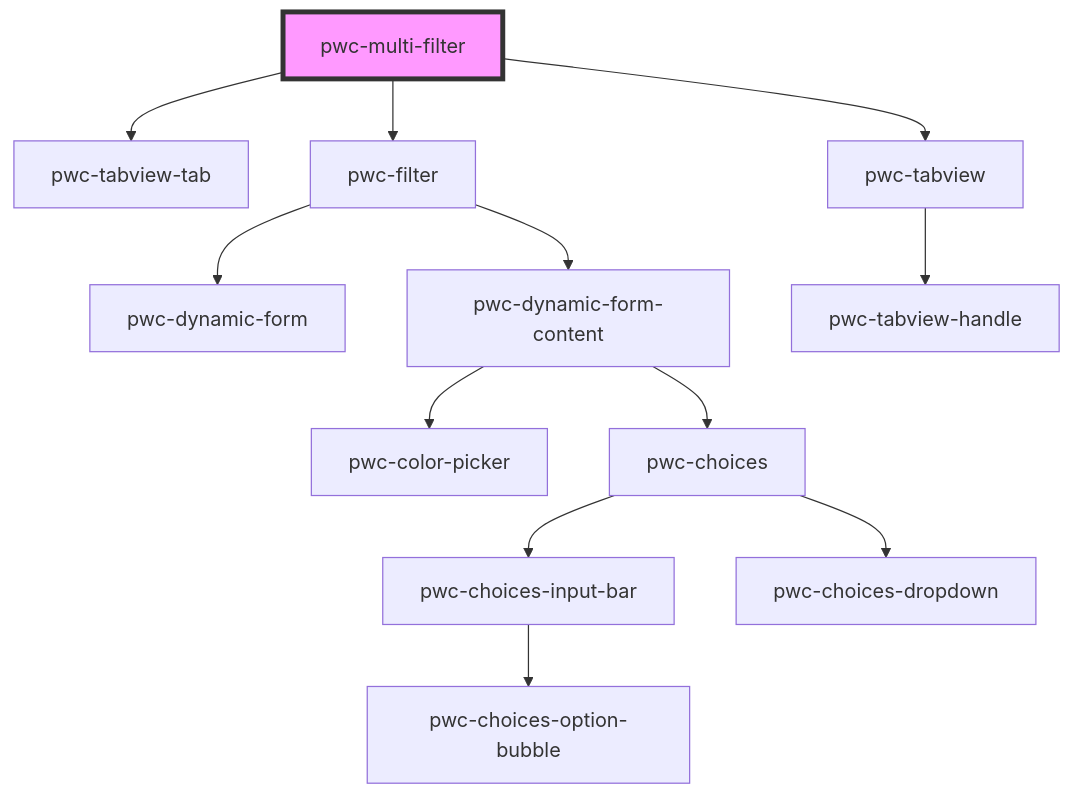
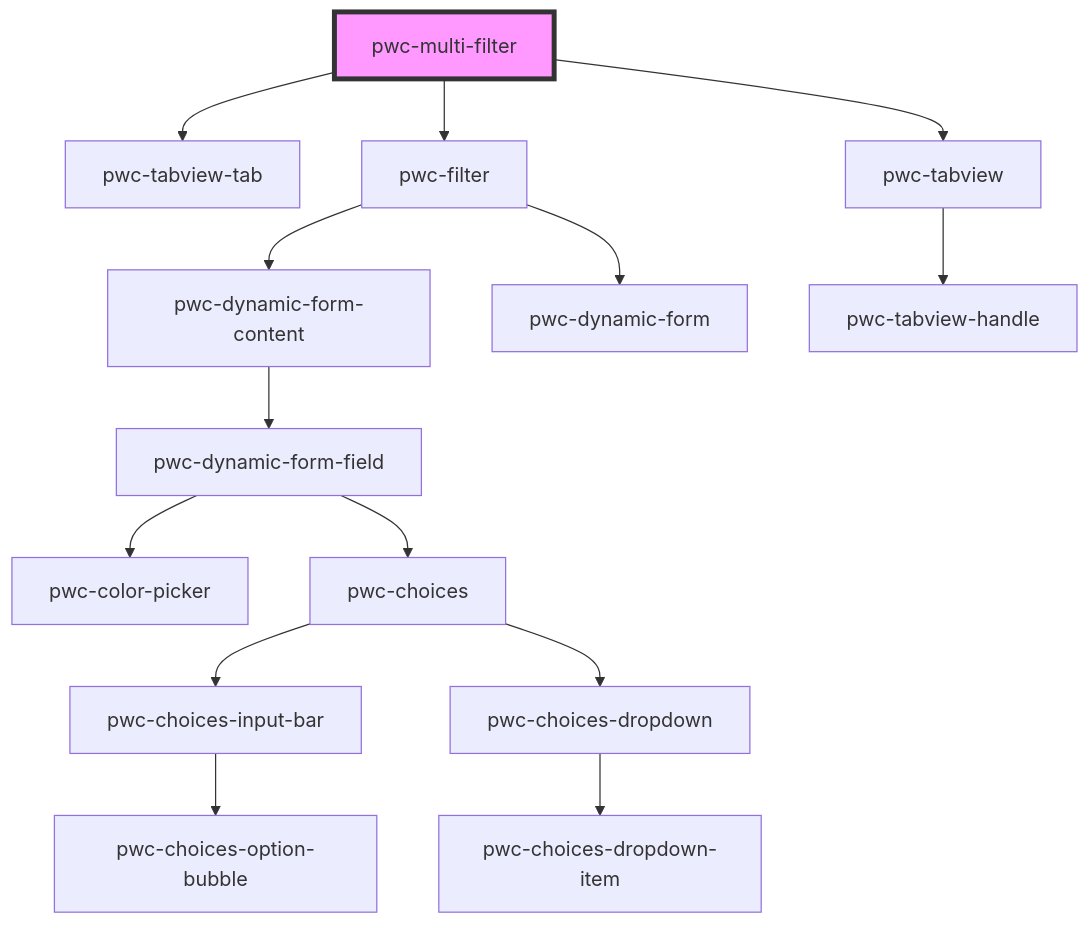
The diagram in src/components/pwc-multi-filter/readme.md (Paraboly/pwc-multi-filter), drawn with Mermaid before and after one commit. The commit also changed 2 other files, not shown here.

Commit message:
dependency update

````diff
--- a/src/components/pwc-multi-filter/readme.md
+++ b/src/components/pwc-multi-filter/readme.md
@@ -95,15 +95,17 @@
 ```mermaid
 graph TD;
   pwc-multi-filter --> pwc-tabview-tab
   pwc-multi-filter --> pwc-filter
   pwc-multi-filter --> pwc-tabview
+  pwc-filter --> pwc-dynamic-form-content
   pwc-filter --> pwc-dynamic-form
-  pwc-filter --> pwc-dynamic-form-content
-  pwc-dynamic-form-content --> pwc-color-picker
-  pwc-dynamic-form-content --> pwc-choices
+  pwc-dynamic-form-content --> pwc-dynamic-form-field
+  pwc-dynamic-form-field --> pwc-color-picker
+  pwc-dynamic-form-field --> pwc-choices
   pwc-choices --> pwc-choices-input-bar
   pwc-choices --> pwc-choices-dropdown
   pwc-choices-input-bar --> pwc-choices-option-bubble
+  pwc-choices-dropdown --> pwc-choices-dropdown-item
   pwc-tabview --> pwc-tabview-handle
   style pwc-multi-filter fill:#f9f,stroke:#333,stroke-width:4px
 ```
````
